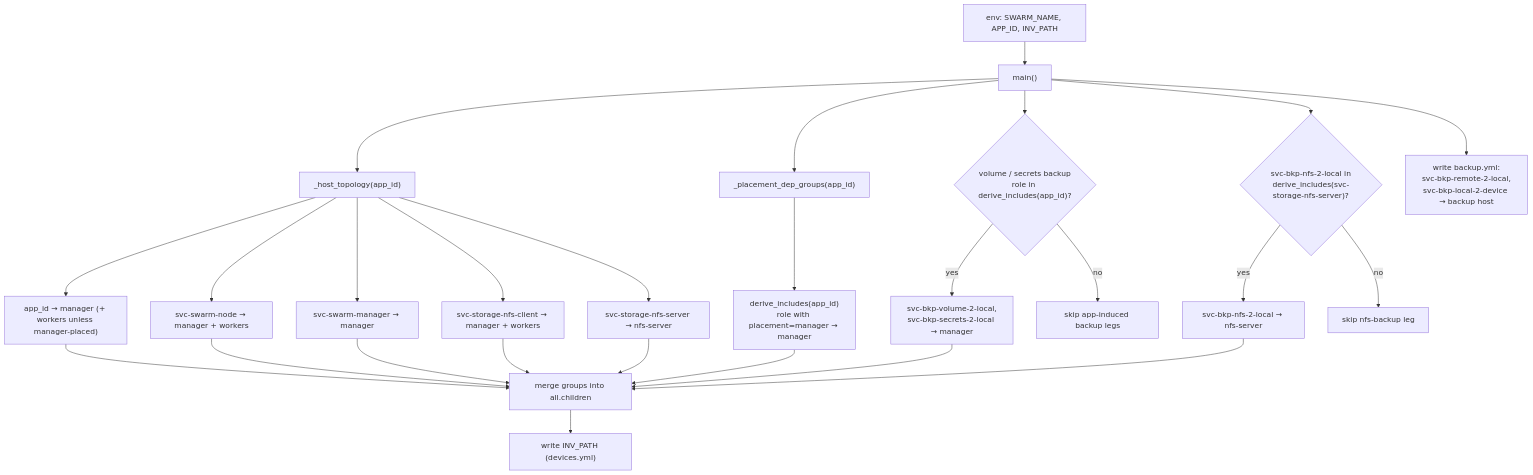
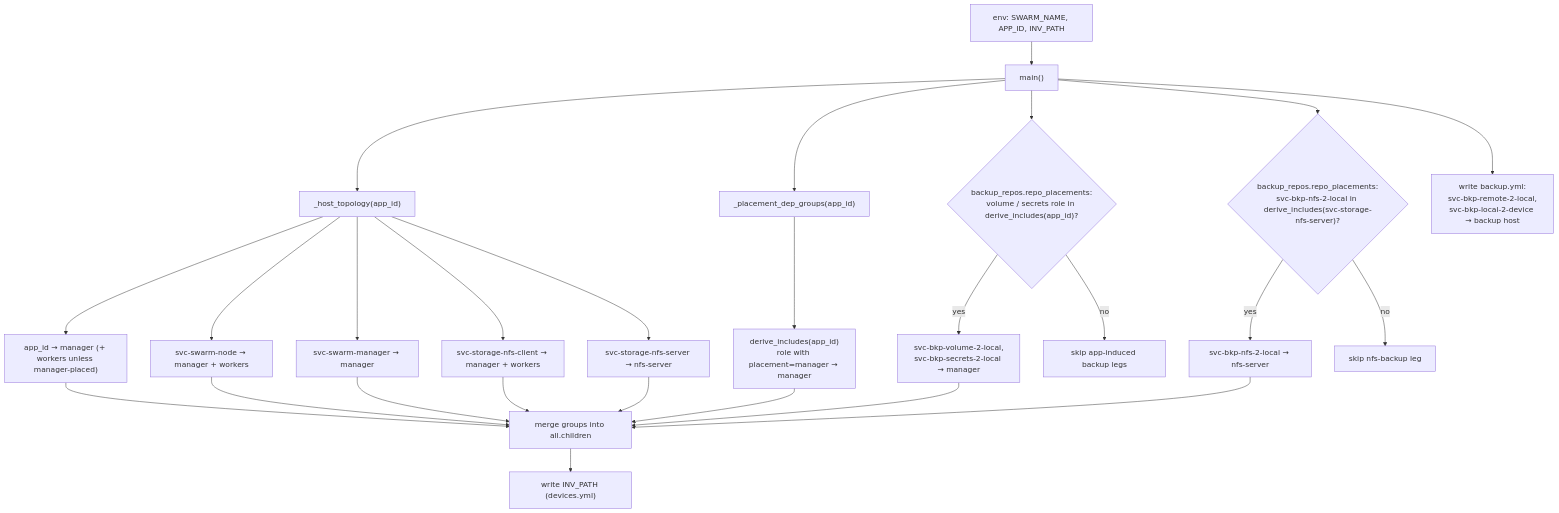
One commit to AlejandroRomanIbanez/infinito-nexus changed the diagram in utils/tests/swarm/README.md. Above: the diagram before and after it, drawn with Mermaid. The commit also changed other lines of this file and 1 other file, not shown here.

First line of the commit message:
refactor(swarm-test): read the backup placement in extend_inventory

````diff
--- a/utils/tests/swarm/README.md
+++ b/utils/tests/swarm/README.md
@@ -11,27 +11,27 @@
 ```mermaid
 flowchart TD
     ENV["env: SWARM_NAME, APP_ID, INV_PATH"] --> MAIN["main()"]
 
     MAIN --> TOPO["_host_topology(app_id)"]
     MAIN --> DEP["_placement_dep_groups(app_id)"]
-    MAIN --> BKP{"volume / secrets backup\nrole in derive_includes(app_id)?"}
-    MAIN --> NBKP{"svc-bkp-nfs-2-local in\nderive_includes(svc-storage-nfs-server)?"}
+    MAIN --> BKP{"backup_repos.repo_placements:\nvolume / secrets role in derive_includes(app_id)?"}
+    MAIN --> NBKP{"backup_repos.repo_placements:\nsvc-bkp-nfs-2-local in derive_includes(svc-storage-nfs-server)?"}
 
     TOPO --> T1["app_id → manager (+ workers unless manager-placed)"]
     TOPO --> T2["svc-swarm-node → manager + workers"]
     TOPO --> T3["svc-swarm-manager → manager"]
     TOPO --> T4["svc-storage-nfs-client → manager + workers"]
     TOPO --> T5["svc-storage-nfs-server → nfs-server"]
 
     DEP --> D1["derive_includes(app_id)\nrole with placement=manager → manager"]
 
     BKP -- yes --> B1["svc-bkp-volume-2-local,\nsvc-bkp-secrets-2-local → manager"]
     BKP -- no --> SKIP["skip app-induced backup legs"]
     NBKP -- yes --> NFS["svc-bkp-nfs-2-local → nfs-server"]
     NBKP -- no --> NSKIP["skip nfs-backup leg"]
 
     T1 & T2 & T3 & T4 & T5 & D1 & B1 & NFS --> MERGE["merge groups into all.children"]
 
     MERGE --> OUT1["write INV_PATH (devices.yml)"]
     MAIN --> OUT2["write backup.yml:\nsvc-bkp-remote-2-local,\nsvc-bkp-local-2-device → backup host"]
 ```
````
